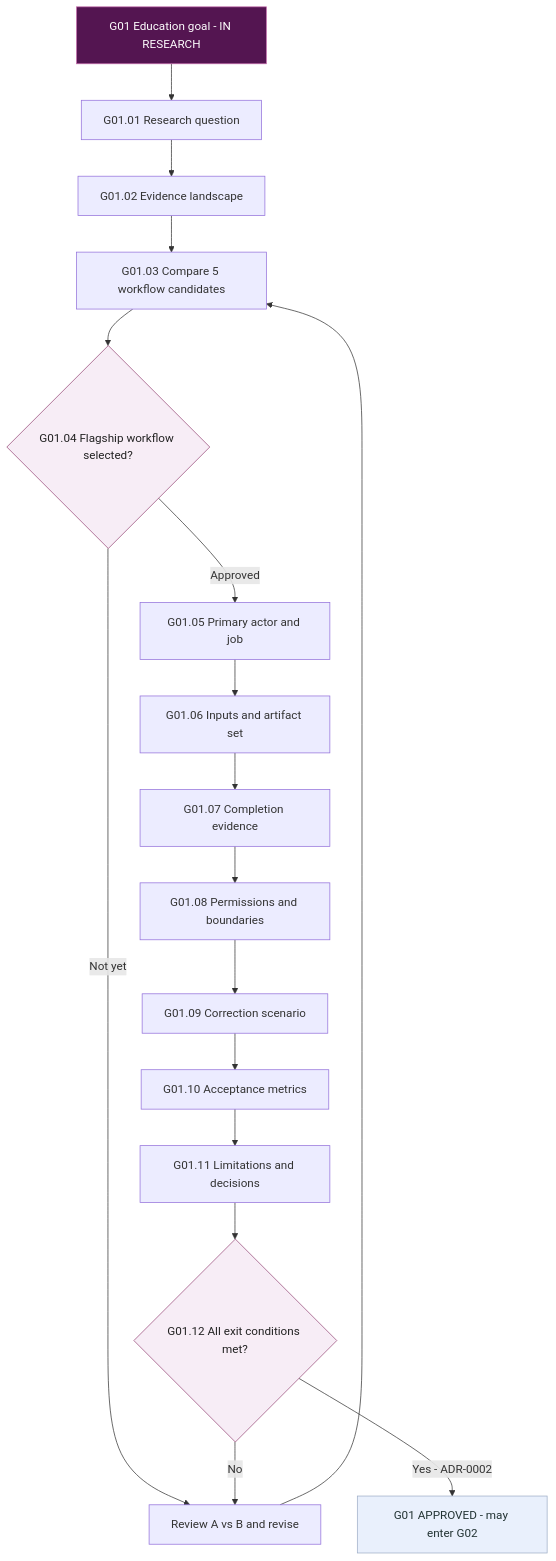
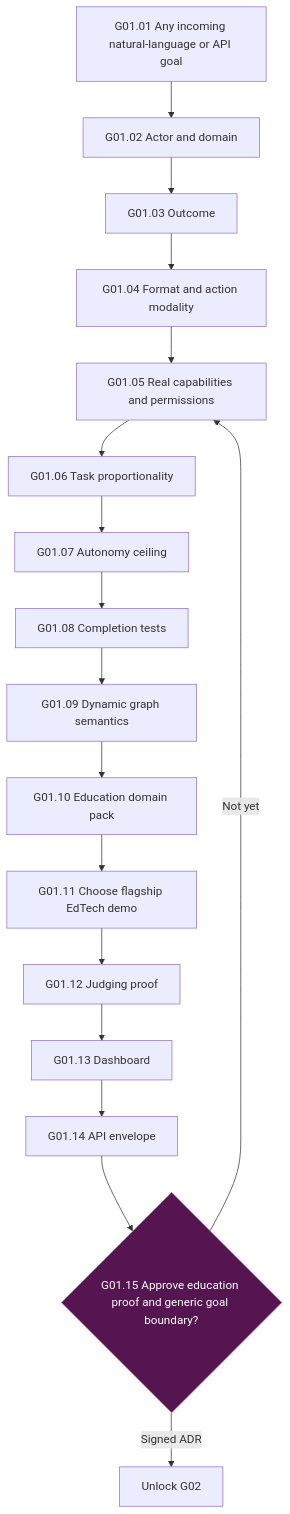
The diagram in diagrams/GATE-01-education-goal.mmd (LethaboMH14/T.A.C.E), drawn with Mermaid before and after one commit.

Commit message:
docs: sync diagrams/GATE-01-education-goal.mmd with universal goal scope

```diff
--- a/diagrams/GATE-01-education-goal.mmd
+++ b/diagrams/GATE-01-education-goal.mmd
@@ -1,24 +1,21 @@
 flowchart TD
- G01["G01 Education goal - IN RESEARCH"]
- G01 --> A["G01.01 Research question"]
- A --> B["G01.02 Evidence landscape"]
- B --> C["G01.03 Compare 5 workflow candidates"]
- C --> D{"G01.04 Flagship workflow selected?"}
- D -->|"Not yet"| R["Review A vs B and revise"]
- R --> C
- D -->|"Approved"| E["G01.05 Primary actor and job"]
- E --> F["G01.06 Inputs and artifact set"]
- F --> H["G01.07 Completion evidence"]
- H --> I["G01.08 Permissions and boundaries"]
- I --> J["G01.09 Correction scenario"]
- J --> K["G01.10 Acceptance metrics"]
- K --> L["G01.11 Limitations and decisions"]
- L --> M{"G01.12 All exit conditions met?"}
- M -->|"No"| R
- M -->|"Yes - ADR-0002"| PASS["G01 APPROVED - may enter G02"]
+ A["G01.01 Any incoming natural-language or API goal"]
+ B["G01.02 Actor and domain"]
+ C["G01.03 Outcome"]
+ D["G01.04 Format and action modality"]
+ E["G01.05 Real capabilities and permissions"]
+ F["G01.06 Task proportionality"]
+ G["G01.07 Autonomy ceiling"]
+ H["G01.08 Completion tests"]
+ I["G01.09 Dynamic graph semantics"]
+ J["G01.10 Education domain pack"]
+ K["G01.11 Choose flagship EdTech demo"]
+ L["G01.12 Judging proof"]
+ M["G01.13 Dashboard"]
+ N["G01.14 API envelope"]
+ O{"G01.15 Approve education proof and generic goal boundary?"}
+ A --> B --> C --> D --> E --> F --> G --> H --> I --> J --> K --> L --> M --> N --> O
+ O -->|"Not yet"| E
+ O -->|"Signed ADR"| Q["Unlock G02"]
  classDef active fill:#541551,stroke:#c46aab,color:#fff
- classDef check fill:#f7edf6,stroke:#974878,color:#222
- classDef wait fill:#e9f0fc,stroke:#9eaec6,color:#233
- class G01 active
- class D,M check
- class PASS wait
+ class O active
```
